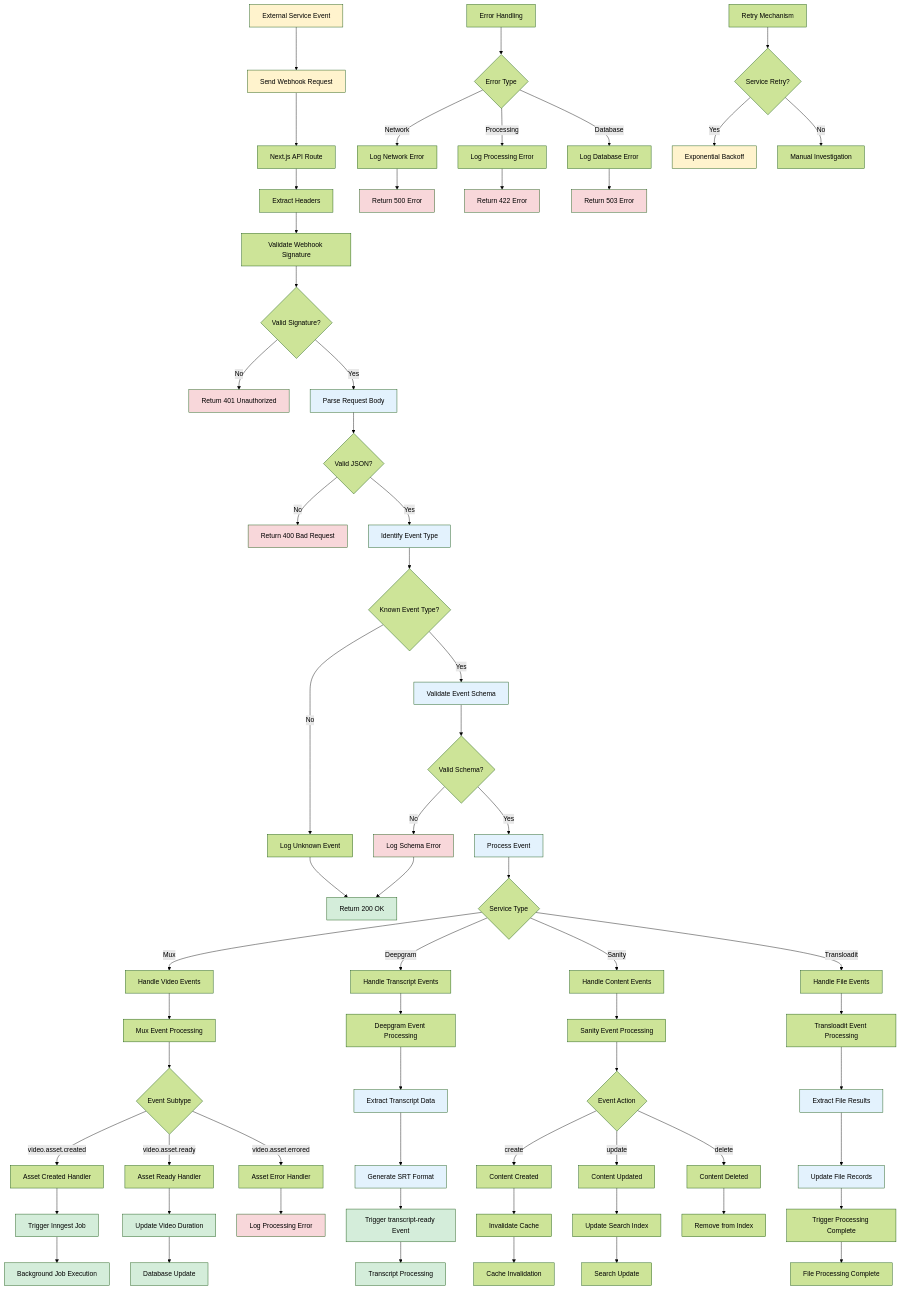
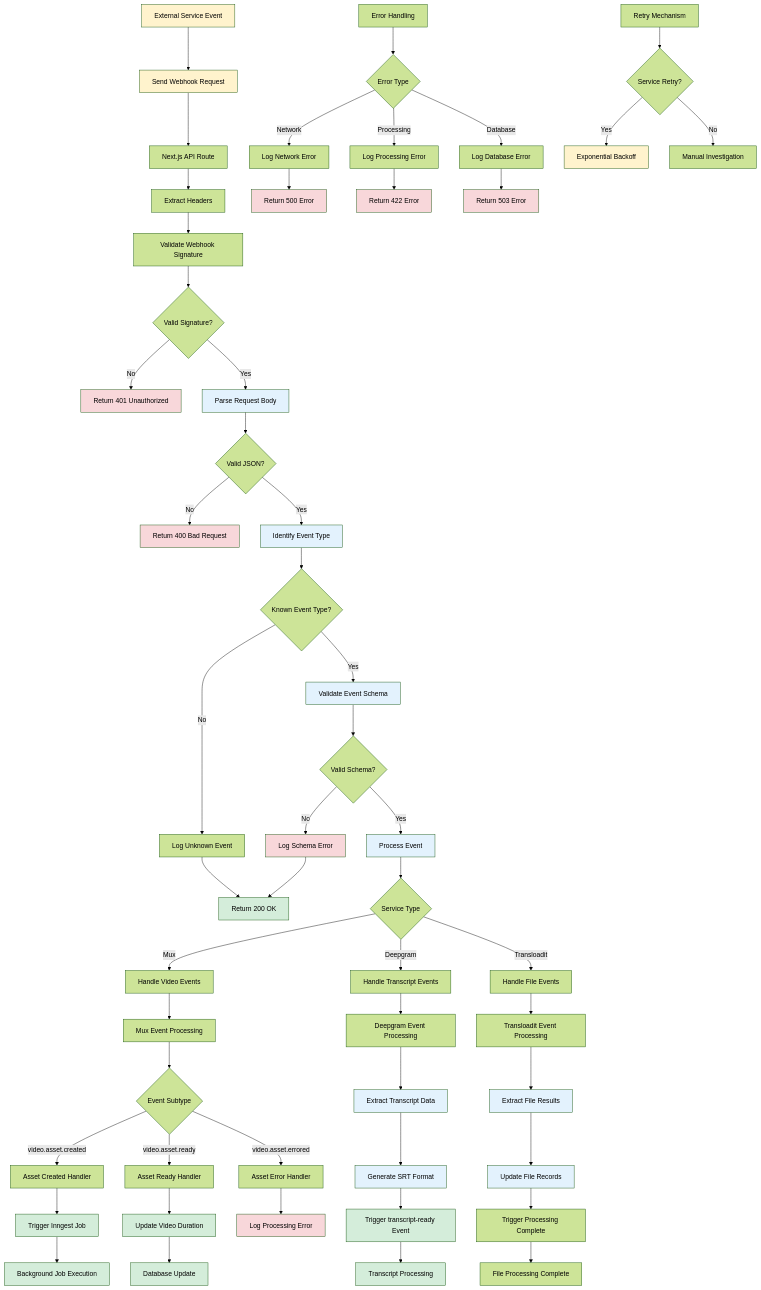
One commit to skillrecordings/egghead-next changed the diagram in ai/diagrams/webhook-processing-flow.md. Above: the diagram before and after it, drawn with Mermaid (forest theme). The commit also changed other lines of this file and 4 other files, not shown here.

```diff
--- a/ai/diagrams/webhook-processing-flow.md
+++ b/ai/diagrams/webhook-processing-flow.md
@@ -50,7 +49,6 @@
 
     S -->|Mux| T[Handle Video Events]
     S -->|Deepgram| U[Handle Transcript Events]
-    S -->|Sanity| V[Handle Content Events]
     S -->|Transloadit| W[Handle File Events]
 
     T --> X[Mux Event Processing]
@@ -68,16 +66,6 @@
     GG --> HH[Generate SRT Format]
     HH --> II[Trigger transcript-ready Event]
 
-    V --> JJ[Sanity Event Processing]
-    JJ --> KK{Event Action}
-    KK -->|create| LL[Content Created]
-    KK -->|update| MM[Content Updated]
-    KK -->|delete| NN[Content Deleted]
-
-    LL --> OO[Invalidate Cache]
-    MM --> PP[Update Search Index]
-    NN --> QQ[Remove from Index]
-
     W --> RR[Transloadit Event Processing]
     RR --> SS[Extract File Results]
     SS --> TT[Update File Records]
@@ -86,8 +74,6 @@
     CC --> VV[Background Job Execution]
     DD --> WW[Database Update]
     II --> XX[Transcript Processing]
-    OO --> YY[Cache Invalidation]
-    PP --> ZZ[Search Update]
     UU --> AAA[File Processing Complete]
 
     BBB[Error Handling] --> CCC{Error Type}
```
